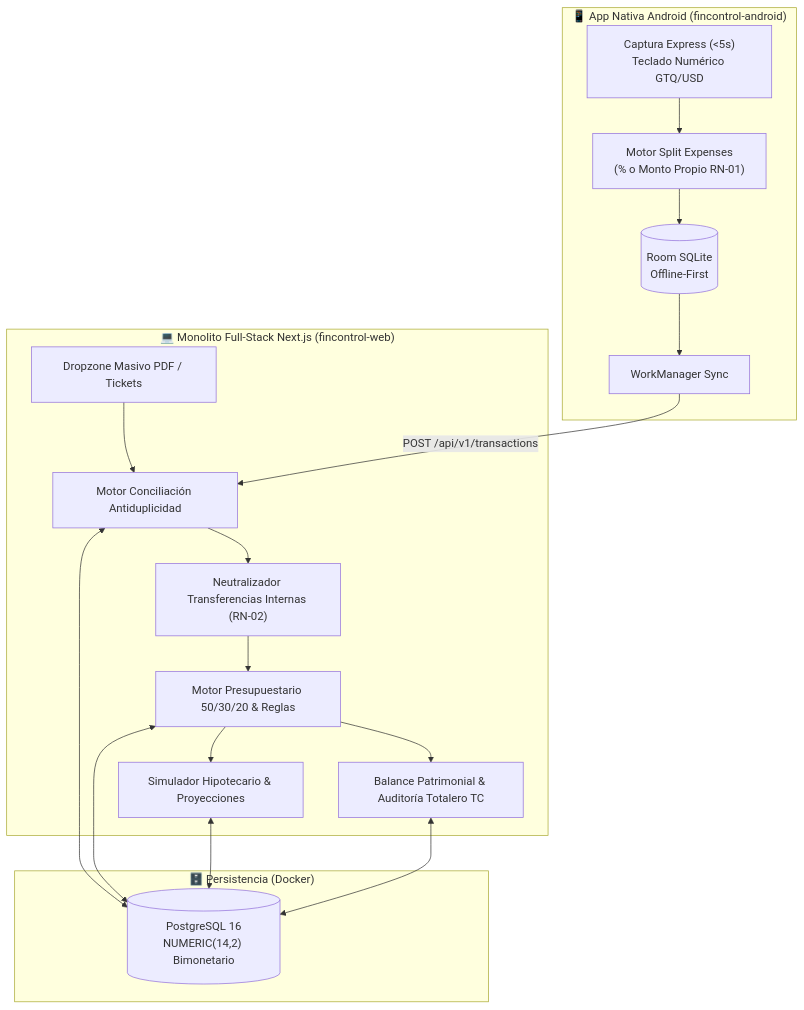
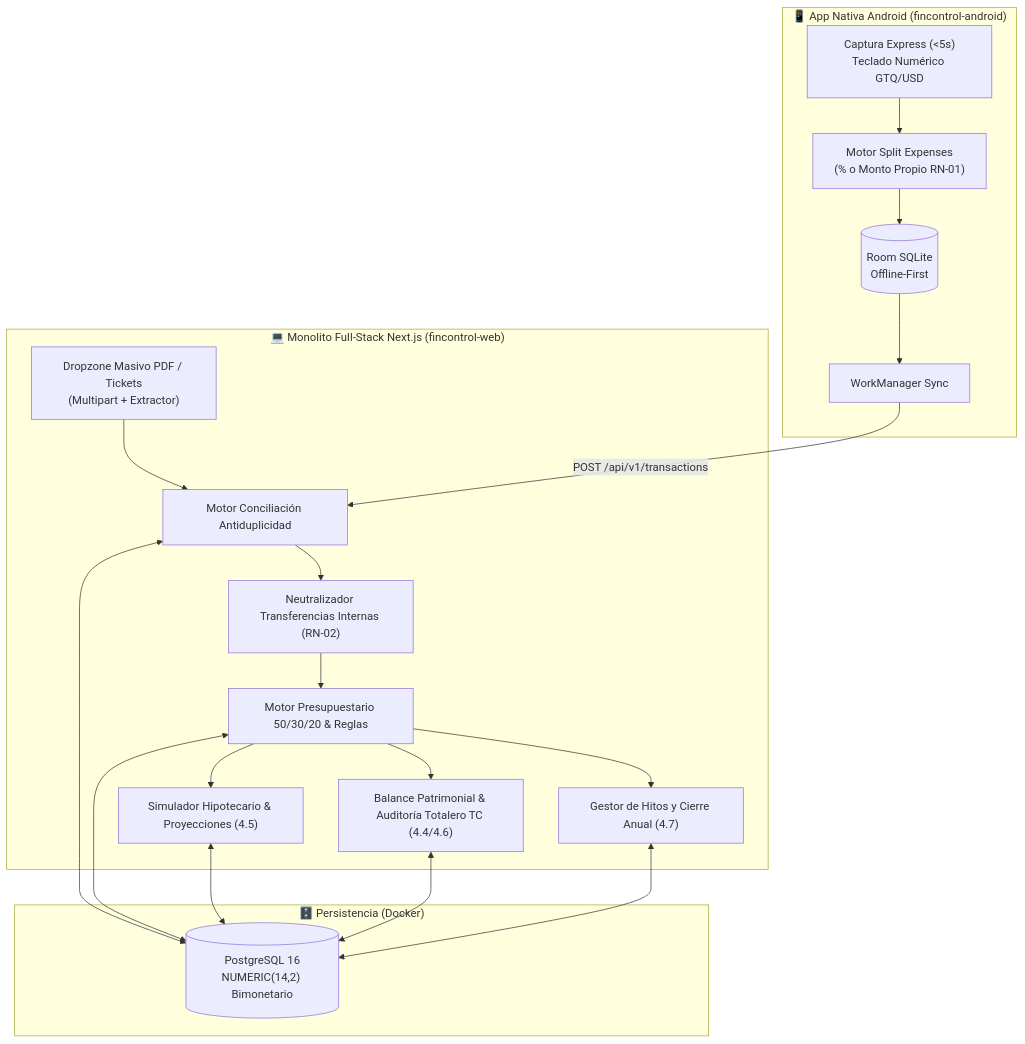
One commit to Crstndfp/fincontrol-web changed the diagram in docs/ARCHITECTURE.md. Above: the diagram before and after it, drawn with Mermaid. The commit also changed other lines of this file, not shown here.

Commit message:
docs: update architecture documentation with ADR-04 and new API endpoints

````diff
--- a/docs/ARCHITECTURE.md
+++ b/docs/ARCHITECTURE.md
@@ -7,26 +7,28 @@
 ```mermaid
 flowchart TD
     subgraph Android["📱 App Nativa Android (fincontrol-android)"]
         A1["Captura Express (<5s)\nTeclado Numérico GTQ/USD"] --> A2["Motor Split Expenses\n(% o Monto Propio RN-01)"]
         A2 --> A3[("Room SQLite\nOffline-First")]
         A3 --> A4["WorkManager Sync"]
     end
 
     subgraph WebMonolith["💻 Monolito Full-Stack Next.js (fincontrol-web)"]
-        W1["Dropzone Masivo PDF / Tickets"] --> W2["Motor Conciliación Antiduplicidad"]
+        W1["Dropzone Masivo PDF / Tickets\n(Multipart + Extractor)"] --> W2["Motor Conciliación Antiduplicidad"]
         A4 -->|POST /api/v1/transactions| W2
         W2 --> W3["Neutralizador Transferencias Internas (RN-02)"]
         W3 --> W4["Motor Presupuestario 50/30/20 & Reglas"]
-        W4 --> W5["Simulador Hipotecario & Proyecciones"]
-        W4 --> W6["Balance Patrimonial & Auditoría Totalero TC"]
+        W4 --> W5["Simulador Hipotecario & Proyecciones (4.5)"]
+        W4 --> W6["Balance Patrimonial & Auditoría Totalero TC (4.4/4.6)"]
+        W4 --> W7["Gestor de Hitos y Cierre Anual (4.7)"]
     end
 
     subgraph Database["🗄️ Persistencia (Docker)"]
         PG[("PostgreSQL 16\nNUMERIC(14,2) Bimonetario")]
     end
 
     W2 <--> PG
     W4 <--> PG
     W5 <--> PG
     W6 <--> PG
+    W7 <--> PG
 ```
````
